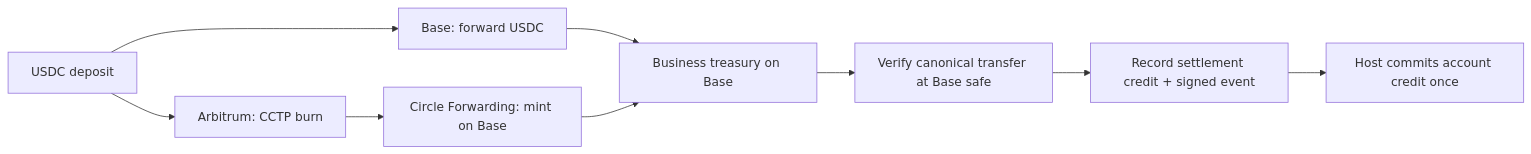
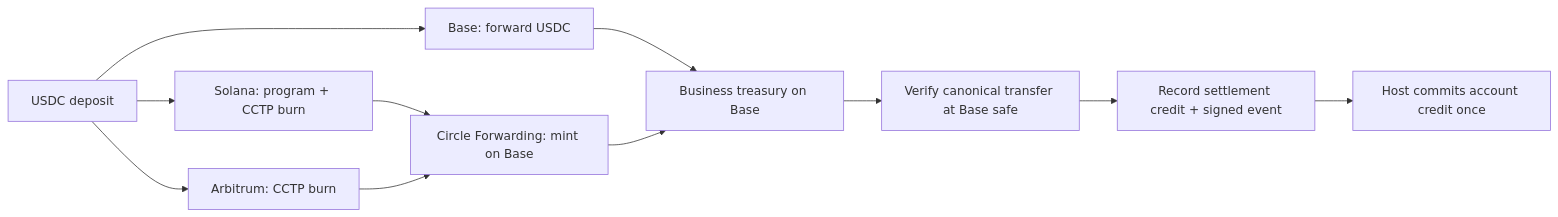
One commit to hivinaynair/settle-kit changed the diagram in README.md. Above: the diagram before and after it, drawn with Mermaid. The commit also changed other lines of this file and 29 other files, not shown here.

Commit message:
docs: plan Solana USDC deposits settling to Base

````diff
--- a/README.md
+++ b/README.md
@@ -36,11 +36,13 @@
 ```mermaid
 flowchart LR
     P["USDC deposit"] --> B["Base: forward USDC"]
     P --> A["Arbitrum: CCTP burn"]
-    A --> C["Circle Forwarding: mint on Base"]
+    P --> S["Solana: program + CCTP burn"]
+    S --> C["Circle Forwarding: mint on Base"]
+    A --> C
     B --> T["Business treasury on Base"]
     C --> T
     T --> V["Verify canonical transfer at Base safe"]
     V --> E["Record settlement credit + signed event"]
     E --> H["Host commits account credit once"]
 ```
````
